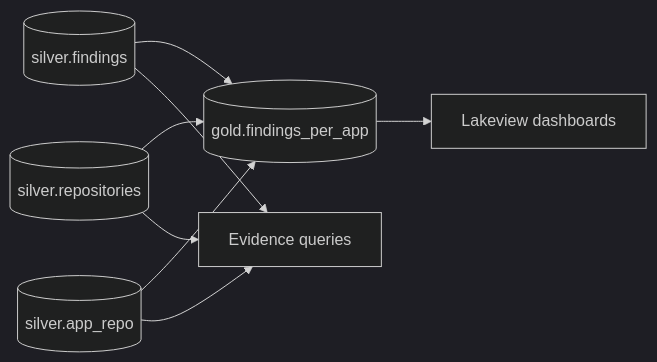
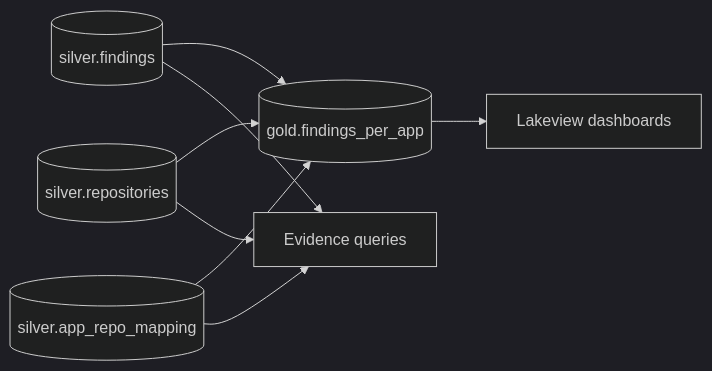
One commit to vkraus/appsec-mvp changed the diagram in mkdocs/docs/analytics/index.md. Above: the diagram before and after it, drawn with Mermaid (dark theme). The commit also changed other lines of this file and 18 other files, not shown here.

First line of the commit message:
fix(platform): reconcile silver schema drift between DDL and schemas.py

````diff
--- a/mkdocs/docs/analytics/index.md
+++ b/mkdocs/docs/analytics/index.md
@@ -25,10 +25,10 @@
 ```mermaid
 flowchart LR
     silver_findings[(silver.findings)] --> gold_findings[(gold.findings_per_app)]
     silver_repos[(silver.repositories)] --> gold_findings
-    silver_app_repo[(silver.app_repo)] --> gold_findings
+    silver_app_repo[(silver.app_repo_mapping)] --> gold_findings
     gold_findings --> dashboards[Lakeview dashboards]
     silver_findings --> evidence[Evidence queries]
     silver_app_repo --> evidence
     silver_repos --> evidence
 ```
````
